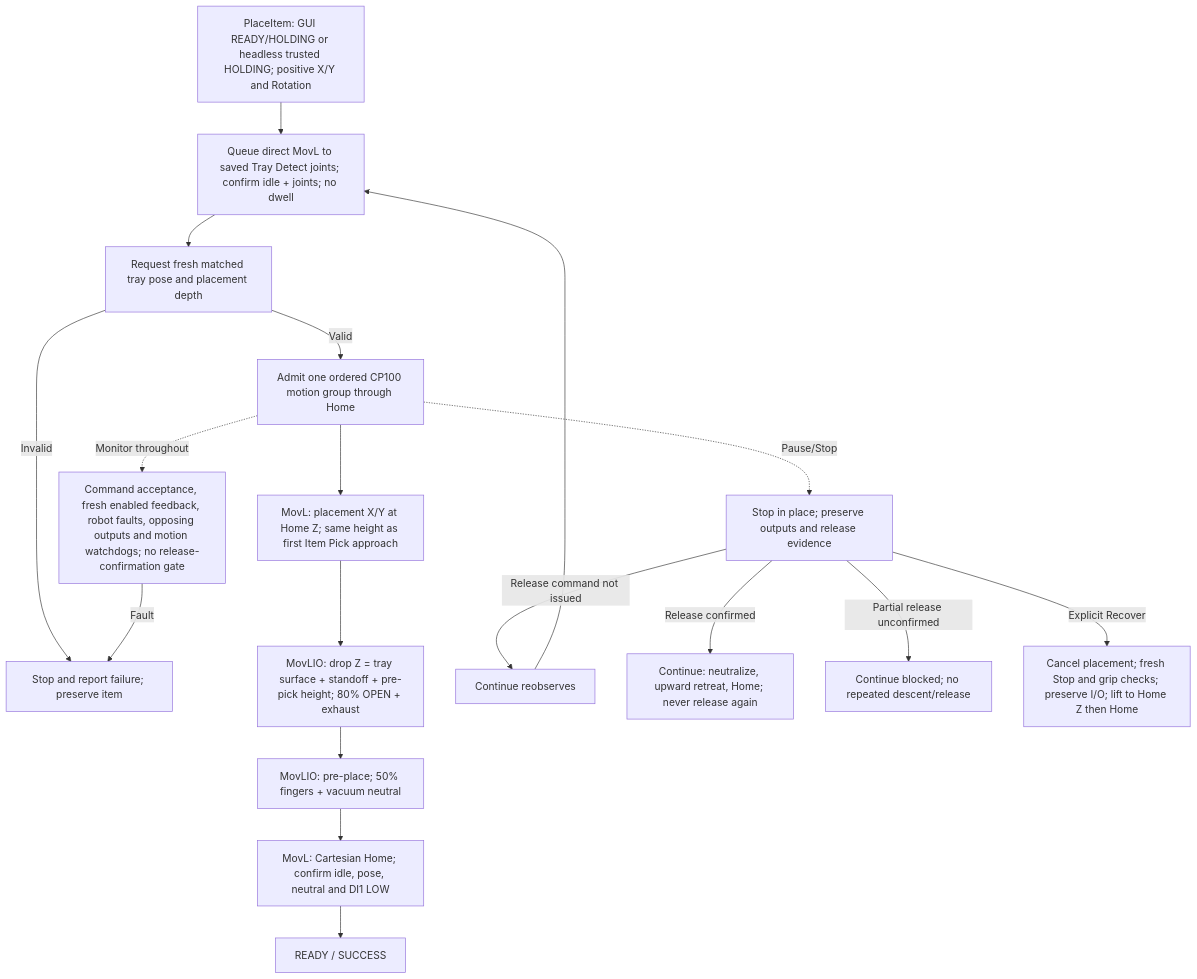
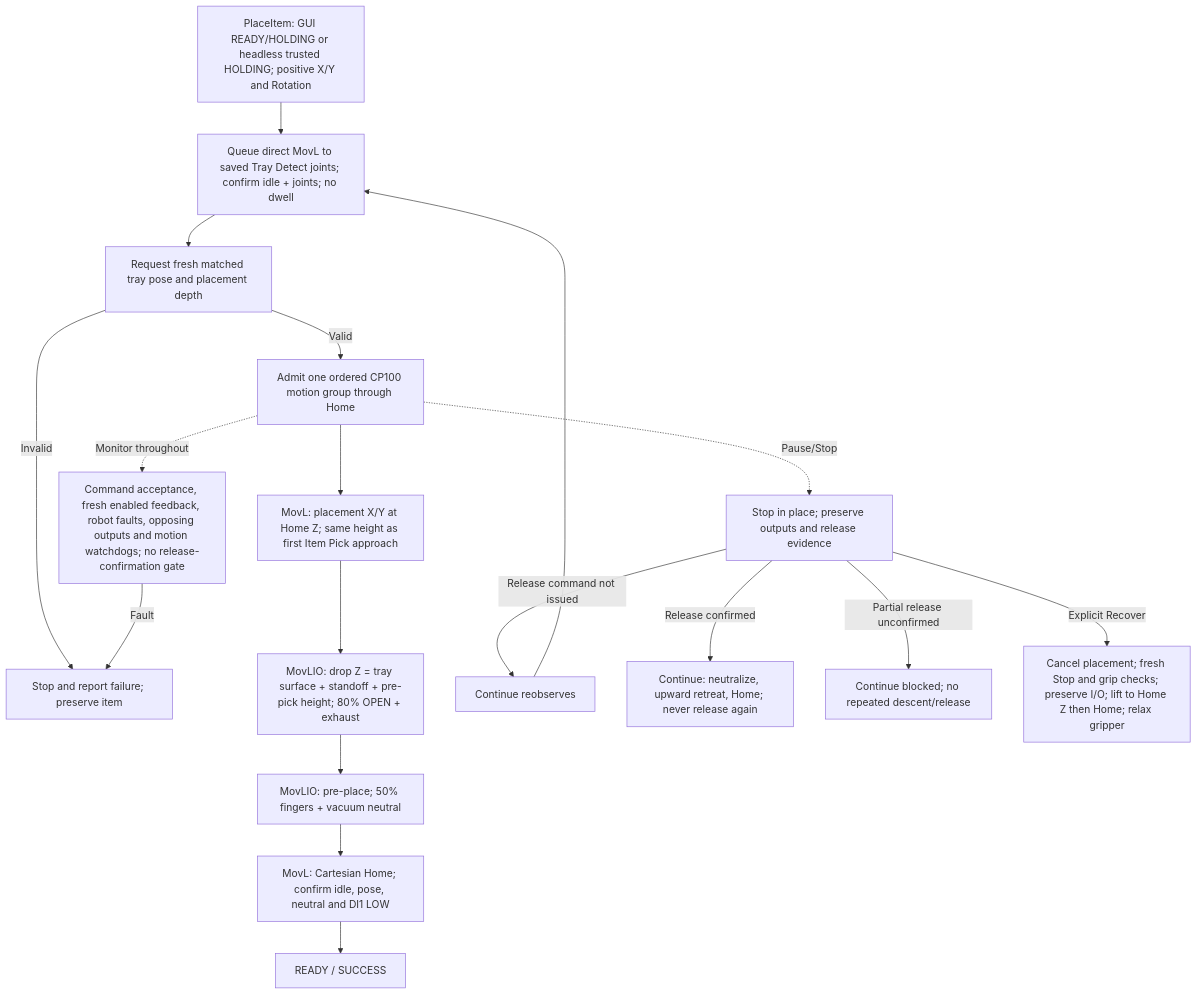
One commit to esgange/dobot_picknplace_yolo changed the fourth of 7 diagrams in docs/ROBOT_CONTROLLER_FSM.md. Above: the diagram before and after it, drawn with Mermaid. The commit also changed other lines of this file and 14 other files, not shown here.

Commit message:
Relax gripper after recovery reaches Home

````diff
--- a/docs/ROBOT_CONTROLLER_FSM.md
+++ b/docs/ROBOT_CONTROLLER_FSM.md
@@ -270,20 +273,20 @@
 ```mermaid
 flowchart TD
     Request["PlaceItem: GUI READY/HOLDING or headless trusted HOLDING; positive X/Y and Rotation"] --> Observe["Queue direct MovL to saved Tray Detect joints; confirm idle + joints; no dwell"]
     Observe --> Depth["Request fresh matched tray pose and placement depth"]
     Depth -->|Invalid| Stop["Stop and report failure; preserve item"]
     Depth -->|Valid| Queue["Admit one ordered CP100 motion group through Home"]
     Queue --> Pre["MovL: placement X/Y at Home Z; same height as first Item Pick approach"]
     Pre --> Release["MovLIO: drop Z = tray surface + standoff + pre-pick height; 80% OPEN + exhaust"]
     Release --> Retract["MovLIO: pre-place; 50% fingers + vacuum neutral"]
     Retract --> Home["MovL: Cartesian Home; confirm idle, pose, neutral and DI1 LOW"]
     Home --> Ready["READY / SUCCESS"]
     Queue -. "Monitor throughout" .-> Feedback["Command acceptance, fresh enabled feedback, robot faults, opposing outputs and motion watchdogs; no release-confirmation gate"]
     Feedback -->|Fault| Stop
     Queue -. "Pause/Stop" .-> Stopped["Stop in place; preserve outputs and release evidence"]
     Stopped -->|Release command not issued| Retry["Continue reobserves"]
     Retry --> Observe
     Stopped -->|Release confirmed| Recover["Continue: neutralize, upward retreat, Home; never release again"]
     Stopped -->|Partial release unconfirmed| Block["Continue blocked; no repeated descent/release"]
-    Stopped -->|Explicit Recover| Cancel["Cancel placement; fresh Stop and grip checks; preserve I/O; lift to Home Z then Home"]
+    Stopped -->|Explicit Recover| Cancel["Cancel placement; fresh Stop and grip checks; preserve I/O; lift to Home Z then Home; relax gripper"]
 ```
````
